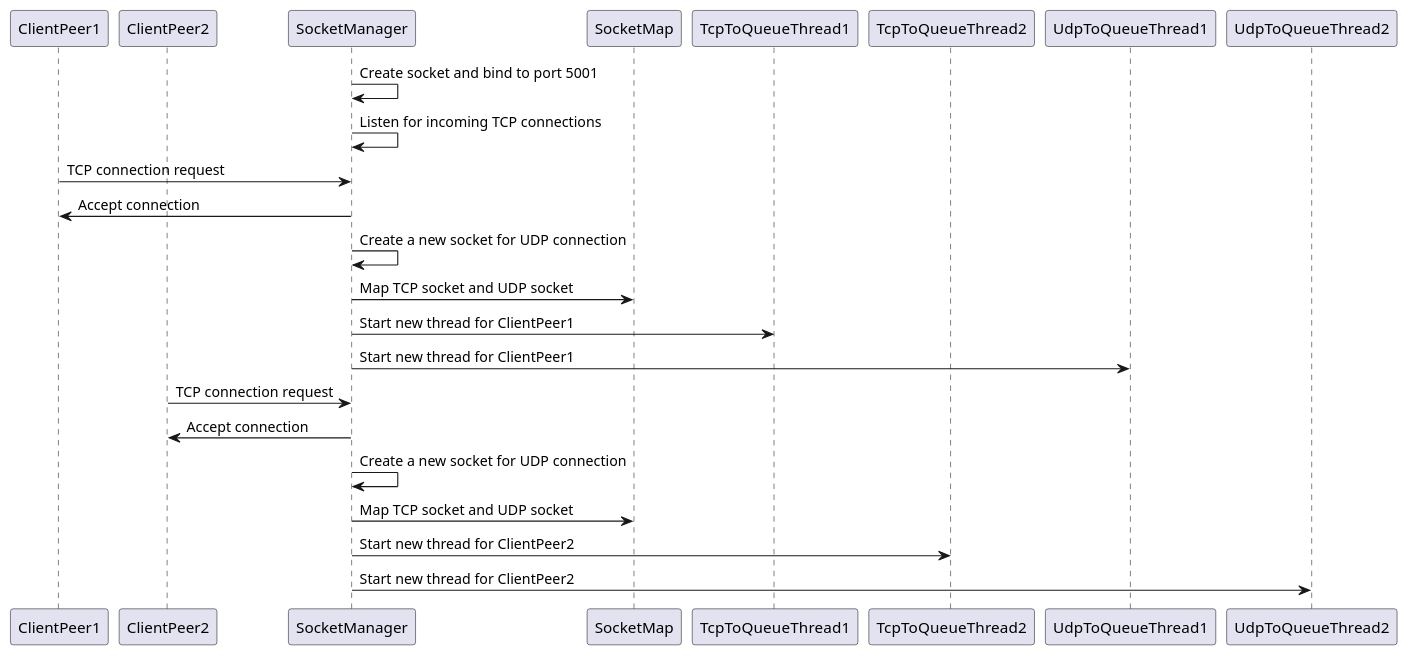
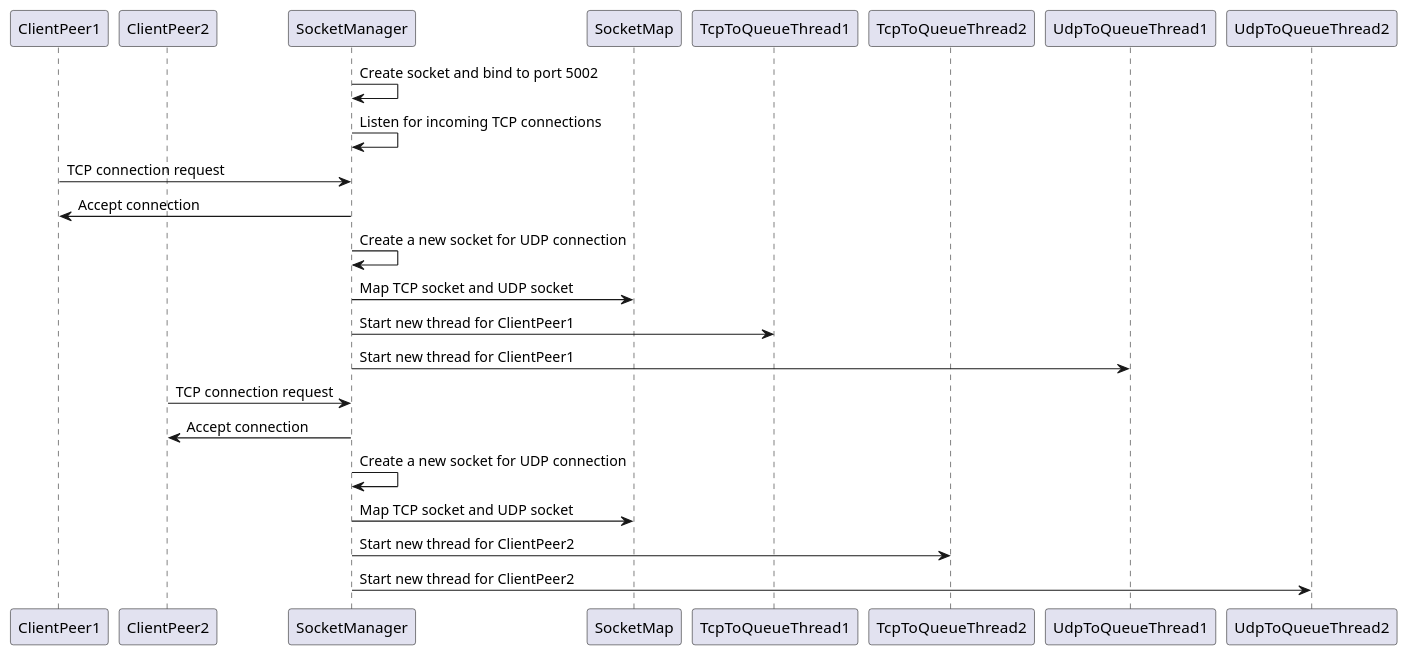
The first of 6 diagrams in doc/server.md (xiguichen/tcpudp), drawn with PlantUML before and after one commit. The commit also changed 5 other files, not shown here.

```diff
--- a/doc/server.md
+++ b/doc/server.md
@@ -5,28 +5,28 @@
 @startuml
 participant ClientPeer1
 participant ClientPeer2
 participant SocketManager
 participant SocketMap
 participant TcpToQueueThread1
 participant TcpToQueueThread2
 participant UdpToQueueThread1
 participant UdpToQueueThread2
 
-SocketManager -> SocketManager: Create socket and bind to port 5001
+SocketManager -> SocketManager: Create socket and bind to port 5002
 SocketManager -> SocketManager: Listen for incoming TCP connections
 
 ClientPeer1 -> SocketManager: TCP connection request
 SocketManager -> ClientPeer1: Accept connection
 SocketManager -> SocketManager: Create a new socket for UDP connection
 SocketManager -> SocketMap: Map TCP socket and UDP socket
 SocketManager -> TcpToQueueThread1: Start new thread for ClientPeer1
 SocketManager -> UdpToQueueThread1: Start new thread for ClientPeer1
 
 ClientPeer2 -> SocketManager: TCP connection request
 SocketManager -> ClientPeer2: Accept connection
 SocketManager -> SocketManager: Create a new socket for UDP connection
 SocketManager -> SocketMap: Map TCP socket and UDP socket
 SocketManager -> TcpToQueueThread2: Start new thread for ClientPeer2
 SocketManager -> UdpToQueueThread2: Start new thread for ClientPeer2
 
 @enduml
```
